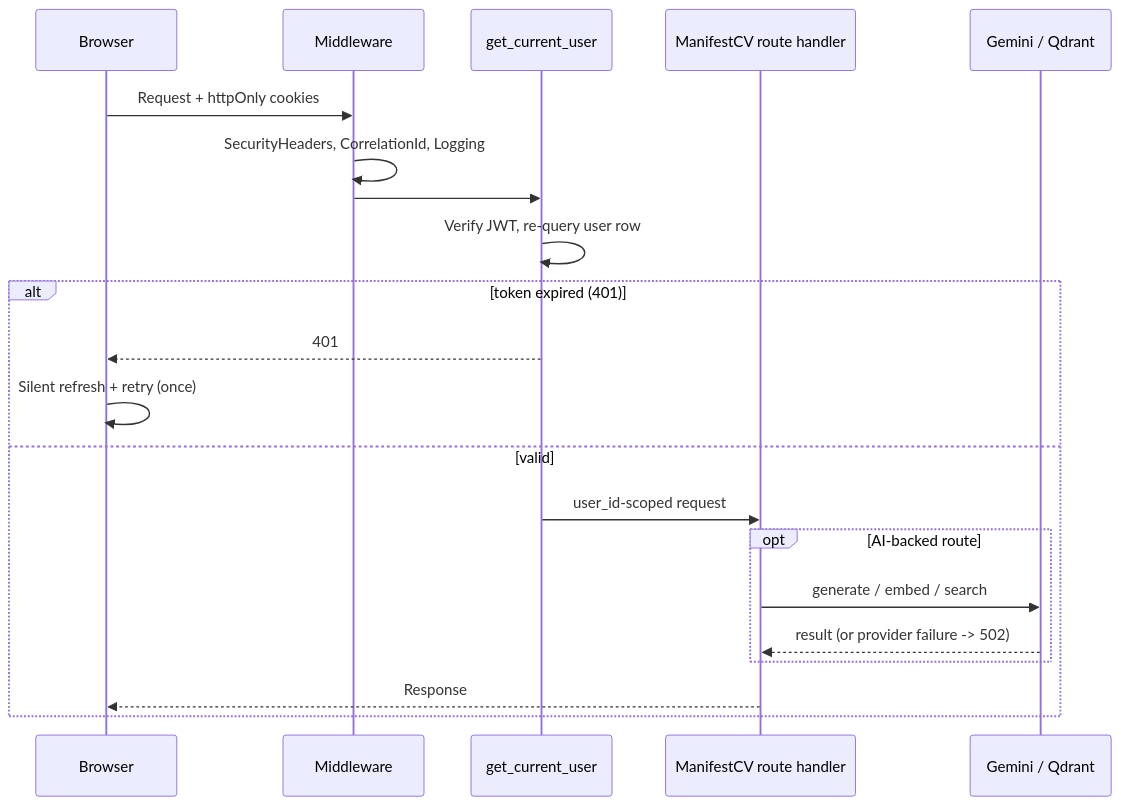
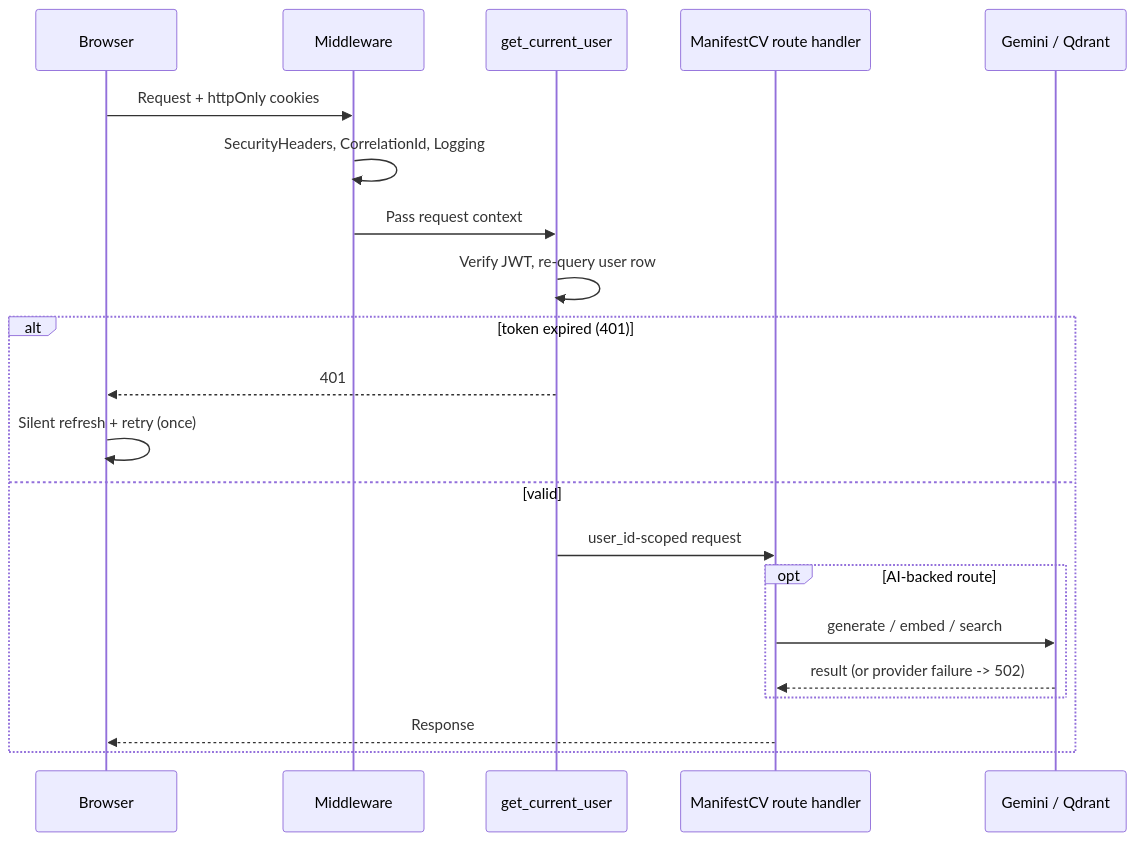
The second of 2 diagrams in docs/app/architecture/system-overview.md (Nachiket-2024/manifest-cv), drawn with Mermaid before and after one commit. The commit also changed other lines of this file and 1756 other files, not shown here.

Commit message:
Rebuilt ManifestCV Resume Studio flow and synced to mystic-auth (9bcbffc)

````diff
--- a/docs/app/architecture/system-overview.md
+++ b/docs/app/architecture/system-overview.md
@@ -59,24 +59,25 @@
 ```mermaid
+%%{init: {"themeVariables": {"lineColor": "#334155"}} }%%
 sequenceDiagram
     participant B as Browser
     participant M as Middleware
     participant D as get_current_user
     participant R as ManifestCV route handler
     participant AI as Gemini / Qdrant
 
     B->>M: Request + httpOnly cookies
     M->>M: SecurityHeaders, CorrelationId, Logging
-    M->>D: 
+    M->>D: Pass request context
     D->>D: Verify JWT, re-query user row
     alt token expired (401)
         D-->>B: 401
         B->>B: Silent refresh + retry (once)
     else valid
         D->>R: user_id-scoped request
         opt AI-backed route
             R->>AI: generate / embed / search
             AI-->>R: result (or provider failure -> 502)
         end
         R-->>B: Response
     end
 ```
````
